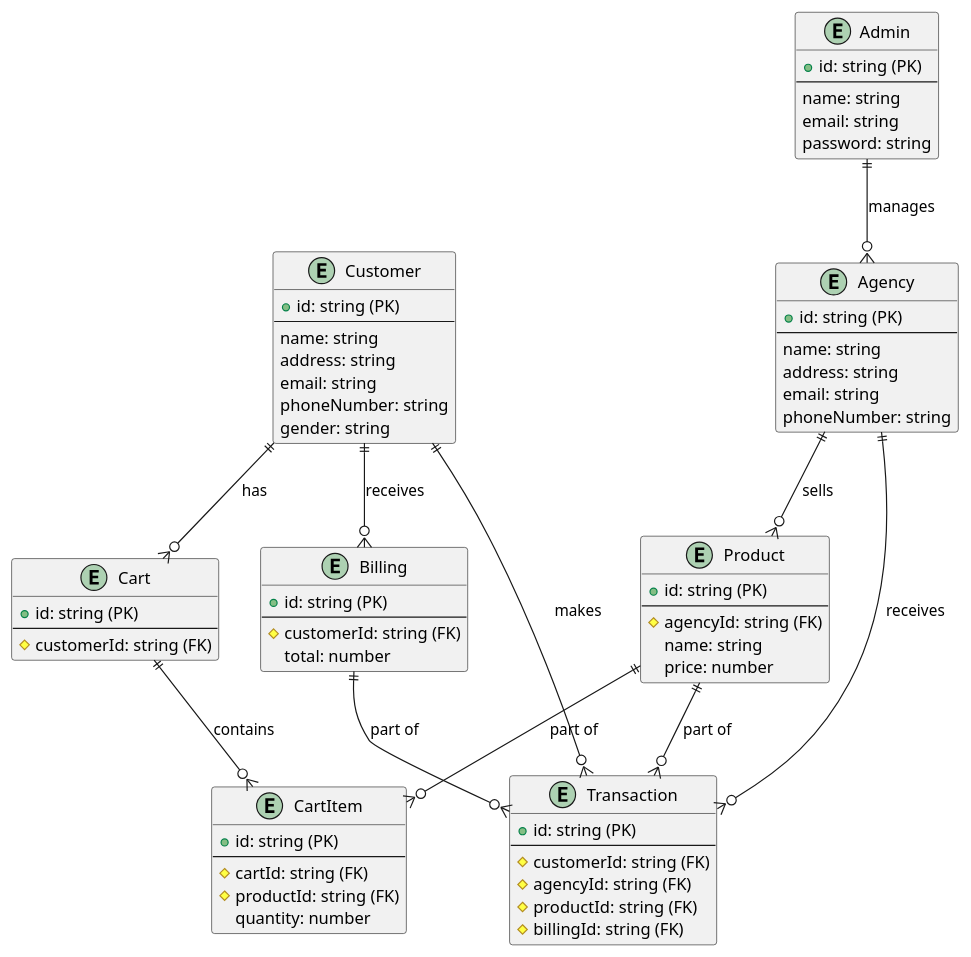
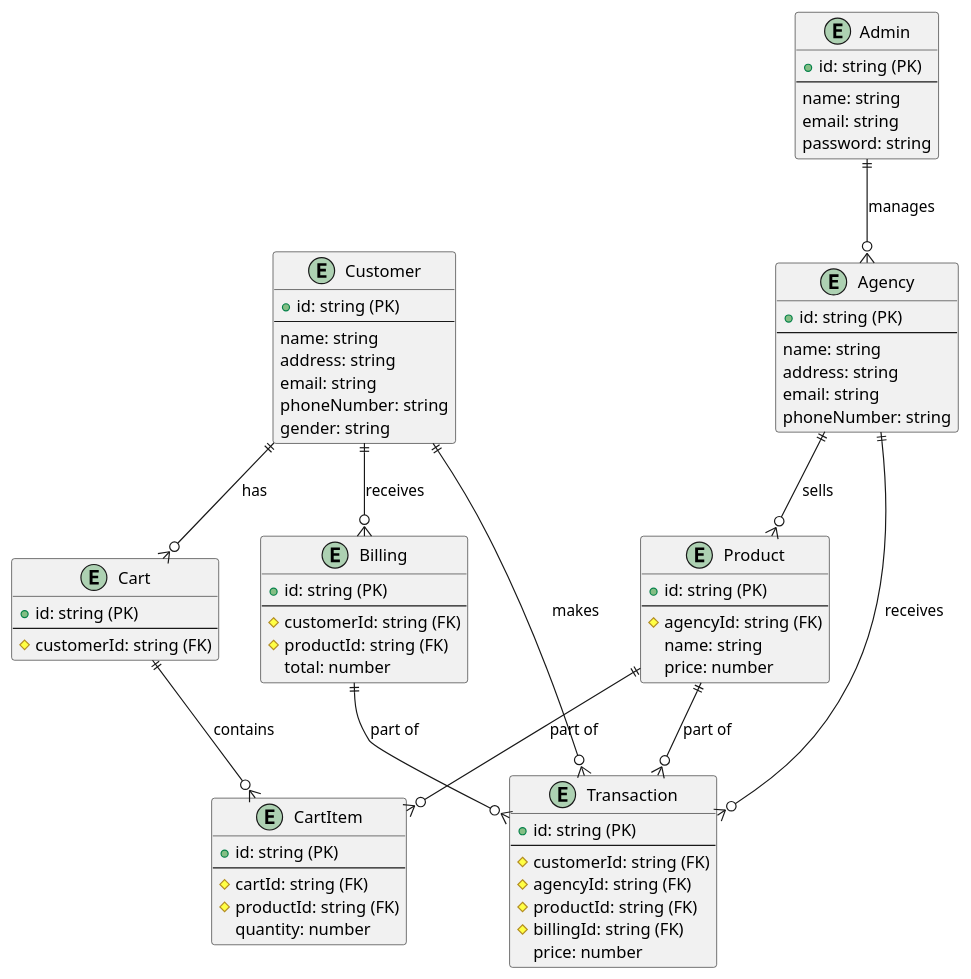
The diagram in shopping-app/docs/ERD.plantuml (nguyenhungne/UDT-backend), drawn with PlantUML before and after one commit. The commit also changed 13 other files, not shown here.

```diff
--- a/shopping-app/docs/ERD.plantuml
+++ b/shopping-app/docs/ERD.plantuml
@@ -1,79 +1,81 @@
 @startuml entity-relationship-diagram
 
 entity "Customer" as customer {
   + id: string (PK)
   ---
   name: string
   address: string
   email: string
   phoneNumber: string
   gender: string
 }
 
 entity "Cart" as cart {
   + id: string (PK)
   ---
   # customerId: string (FK)
 }
 
 entity "CartItem" as cartItem {
   + id: string (PK)
   ---
   # cartId: string (FK)
   # productId: string (FK)
   quantity: number
 }
 
 entity "Transaction" as transaction {
   + id: string (PK)
   ---
   # customerId: string (FK)
   # agencyId: string (FK)
   # productId: string (FK)
   # billingId: string (FK)
+  price: number
 }
 
 entity "Billing" as billing {
   + id: string (PK)
   ---
   # customerId: string (FK)
+  # productId: string (FK)
   total: number
 }
 
 entity "Agency" as agency {
   + id: string (PK)
   ---
   name: string
   address: string
   email: string
   phoneNumber: string
 }
 
 entity "Product" as product {
   + id: string (PK)
   ---
   # agencyId: string (FK)
   name: string
   price: number
 }
 
 entity "Admin" as admin {
   + id: string (PK)
   ---
   name: string
   email: string
   password: string
 }
 
 customer ||--o{ cart : has
 customer ||--o{ transaction : makes
 customer ||--o{ billing : receives
 agency ||--o{ transaction : receives
 agency ||--o{ product : sells
 product ||--o{ transaction : part of
 billing ||--o{ transaction : part of
 admin ||--o{ agency : manages
 cart ||--o{ cartItem : contains
 product ||--o{ cartItem : part of
 
 @enduml
```
